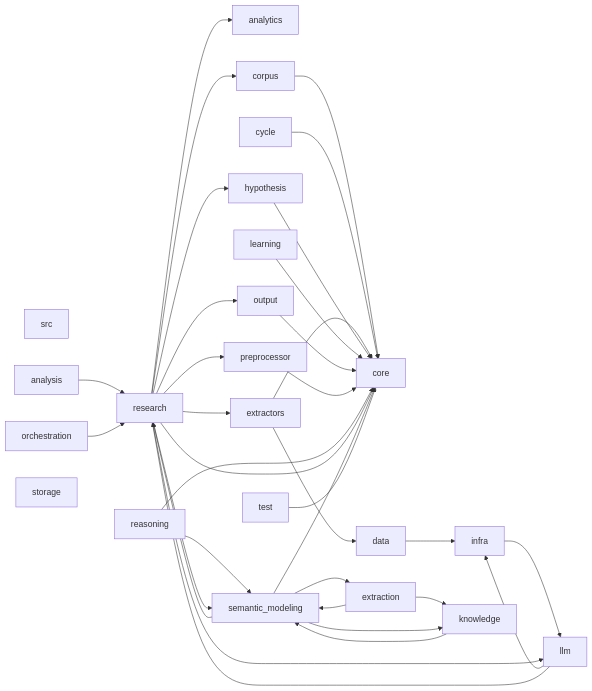
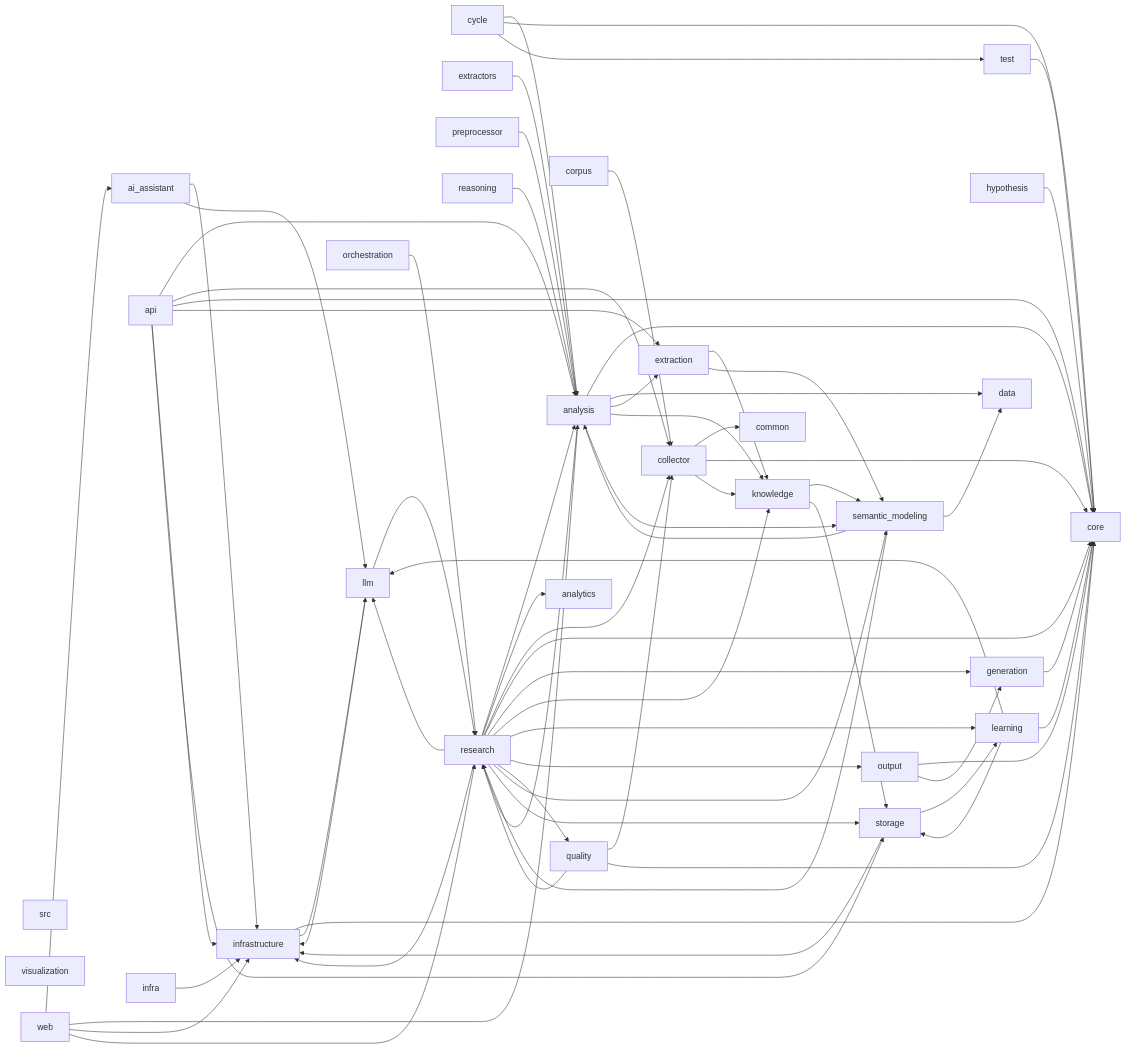
One commit to guose1314/tcmautoresearch changed the diagram in docs/architecture/dependency-graph.mmd. Above: the diagram before and after it, drawn with Mermaid. The commit also changed 2 other files, not shown here.

Commit message:
Update dependency graph

```diff
--- a/docs/architecture/dependency-graph.mmd
+++ b/docs/architecture/dependency-graph.mmd
@@ -1,56 +1,99 @@
 flowchart LR
     src["src"]
+    src_ai_assistant["ai_assistant"]
     src_analysis["analysis"]
     src_analytics["analytics"]
+    src_api["api"]
+    src_collector["collector"]
+    src_common["common"]
     src_core["core"]
     src_corpus["corpus"]
     src_cycle["cycle"]
     src_data["data"]
     src_extraction["extraction"]
     src_extractors["extractors"]
+    src_generation["generation"]
     src_hypothesis["hypothesis"]
     src_infra["infra"]
+    src_infrastructure["infrastructure"]
     src_knowledge["knowledge"]
     src_learning["learning"]
     src_llm["llm"]
     src_orchestration["orchestration"]
     src_output["output"]
     src_preprocessor["preprocessor"]
+    src_quality["quality"]
     src_reasoning["reasoning"]
     src_research["research"]
     src_semantic_modeling["semantic_modeling"]
     src_storage["storage"]
     src_test["test"]
+    src_visualization["visualization"]
+    src_web["web"]
+    src_ai_assistant --> src_infrastructure
+    src_ai_assistant --> src_llm
+    src_analysis --> src_core
+    src_analysis --> src_data
+    src_analysis --> src_extraction
+    src_analysis --> src_knowledge
     src_analysis --> src_research
-    src_corpus --> src_core
+    src_analysis --> src_semantic_modeling
+    src_api --> src_analysis
+    src_api --> src_collector
+    src_api --> src_core
+    src_api --> src_extraction
+    src_api --> src_infrastructure
+    src_api --> src_storage
+    src_collector --> src_common
+    src_collector --> src_core
+    src_collector --> src_knowledge
+    src_corpus --> src_collector
+    src_cycle --> src_analysis
     src_cycle --> src_core
-    src_data --> src_infra
+    src_cycle --> src_test
     src_extraction --> src_knowledge
     src_extraction --> src_semantic_modeling
-    src_extractors --> src_core
-    src_extractors --> src_data
+    src_extractors --> src_analysis
+    src_generation --> src_core
     src_hypothesis --> src_core
-    src_infra --> src_llm
+    src_infra --> src_infrastructure
+    src_infrastructure --> src_core
+    src_infrastructure --> src_llm
     src_knowledge --> src_semantic_modeling
+    src_knowledge --> src_storage
     src_learning --> src_core
-    src_llm --> src_infra
+    src_learning --> src_llm
+    src_learning --> src_storage
+    src_llm --> src_infrastructure
     src_llm --> src_research
     src_orchestration --> src_research
     src_output --> src_core
-    src_preprocessor --> src_core
-    src_reasoning --> src_core
-    src_reasoning --> src_semantic_modeling
+    src_output --> src_generation
+    src_preprocessor --> src_analysis
+    src_quality --> src_collector
+    src_quality --> src_core
+    src_quality --> src_research
+    src_reasoning --> src_analysis
+    src_research --> src_analysis
     src_research --> src_analytics
+    src_research --> src_collector
     src_research --> src_core
-    src_research --> src_corpus
-    src_research --> src_extractors
-    src_research --> src_hypothesis
+    src_research --> src_generation
+    src_research --> src_infrastructure
+    src_research --> src_knowledge
+    src_research --> src_learning
     src_research --> src_llm
     src_research --> src_output
-    src_research --> src_preprocessor
+    src_research --> src_quality
     src_research --> src_semantic_modeling
-    src_semantic_modeling --> src_core
-    src_semantic_modeling --> src_extraction
-    src_semantic_modeling --> src_knowledge
+    src_research --> src_storage
+    src_semantic_modeling --> src_analysis
+    src_semantic_modeling --> src_data
     src_semantic_modeling --> src_research
+    src_storage --> src_infrastructure
+    src_storage --> src_learning
     src_test --> src_core
+    src_web --> src_ai_assistant
+    src_web --> src_analysis
+    src_web --> src_infrastructure
+    src_web --> src_research
```
